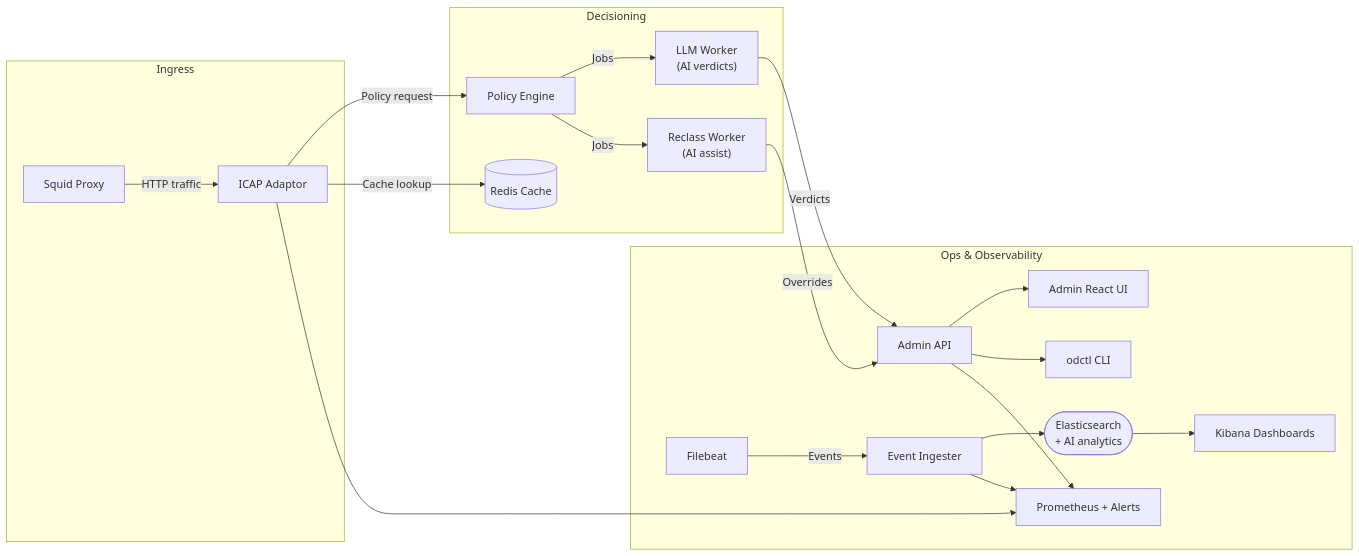
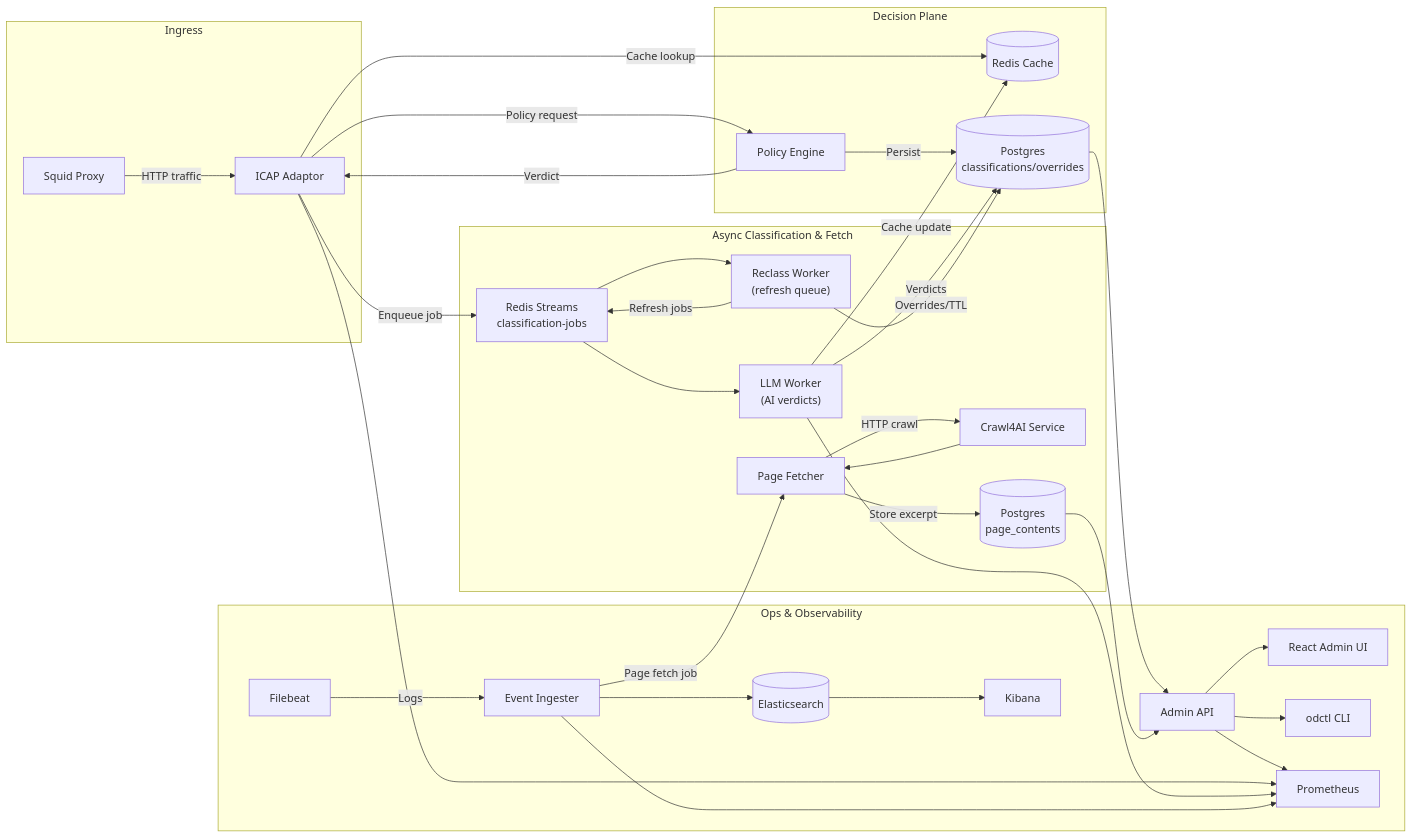
The diagram in README.md (trex-fze/open-defender-icap), drawn with Mermaid before and after one commit. The commit also changed 1 other file, not shown here.

Commit message:
Refresh architecture diagrams

````diff
--- a/README.md
+++ b/README.md
@@ -7,38 +7,57 @@
 ```mermaid
 flowchart LR
     subgraph Ingress
         SQ[Squid Proxy]
         ICAP[ICAP Adaptor]
     end
 
-    subgraph Decisioning
+    subgraph Decision Plane
         PE[Policy Engine]
         Cache[(Redis Cache)]
-        LLW["LLM Worker<br/>(AI verdicts)"]
-        RCW["Reclass Worker<br/>(AI assist)"]
+        CLASS[(Postgres<br/>classifications/overrides)]
+    end
+
+    subgraph Async Classification & Fetch
+        STREAM[Redis Streams<br/>classification-jobs]
+        LLW["LLM Worker\n(AI verdicts)"]
+        RCW["Reclass Worker\n(refresh queue)"]
+        PF["Page Fetcher"]
+        CRAWL[Crawl4AI Service]
+        PAGE[(Postgres<br/>page_contents)]
     end
 
     subgraph Ops & Observability
         AA[Admin API]
-        UI[Admin React UI]
+        UI[React Admin UI]
         CLI[odctl CLI]
         EI[Event Ingester]
-        ES(["Elasticsearch<br/>+ AI analytics"])
         FB[Filebeat]
-        KB[Kibana Dashboards]
-        PR[Prometheus + Alerts]
+        ES[(Elasticsearch)]
+        KB[Kibana]
+        PR[Prometheus]
     end
 
-    SQ -->|HTTP traffic| ICAP -->|Policy request| PE
+    SQ -->|HTTP traffic| ICAP
+    ICAP -->|Policy request| PE
     ICAP -->|Cache lookup| Cache
-    PE -->|Jobs| LLW
-    PE -->|Jobs| RCW
-    LLW -->|Verdicts| AA
-    RCW -->|Overrides| AA
-    FB -->|Events| EI --> ES --> KB
+    PE -->|Verdict| ICAP
+    PE -->|Persist| CLASS
+    ICAP -->|Enqueue job| STREAM
+    STREAM --> LLW
+    STREAM --> RCW
+    LLW -->|Verdicts| CLASS
+    LLW -->|Cache update| Cache
+    RCW -->|Refresh jobs| STREAM
+    RCW -->|Overrides/TTL| CLASS
+    CLASS --> AA
+    FB -->|Logs| EI --> ES --> KB
+    EI -->|Page fetch job| PF
+    PF -->|HTTP crawl| CRAWL --> PF
+    PF -->|Store excerpt| PAGE --> AA
     AA --> UI
     AA --> CLI
     AA --> PR
     ICAP --> PR
+    LLW --> PR
     EI --> PR
 ```
````
